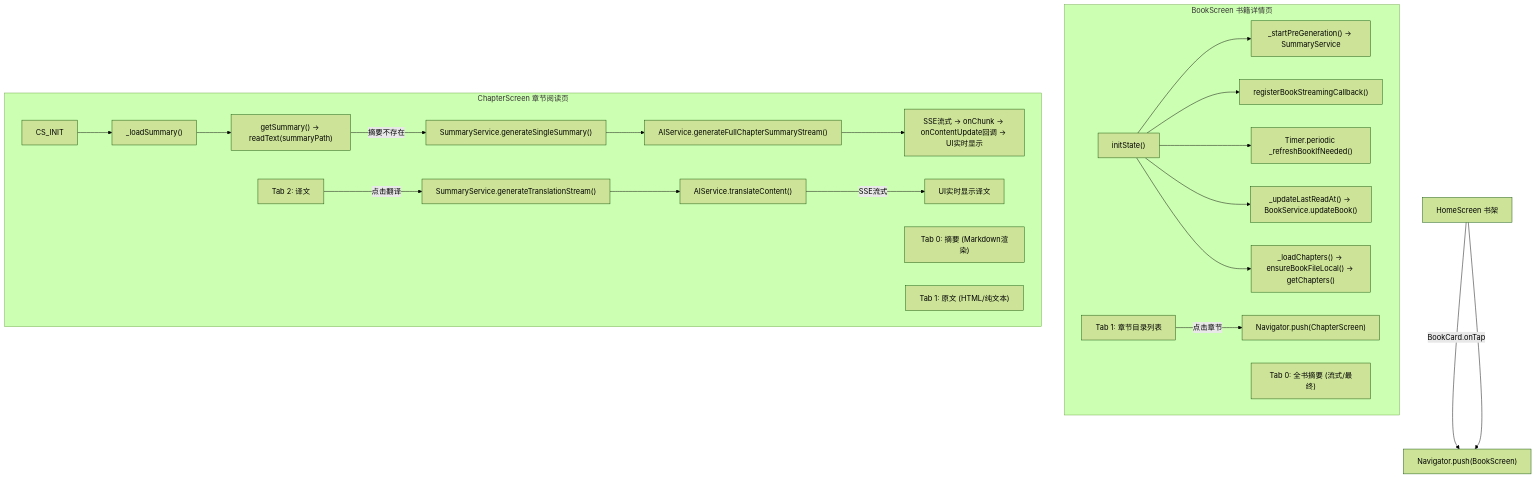
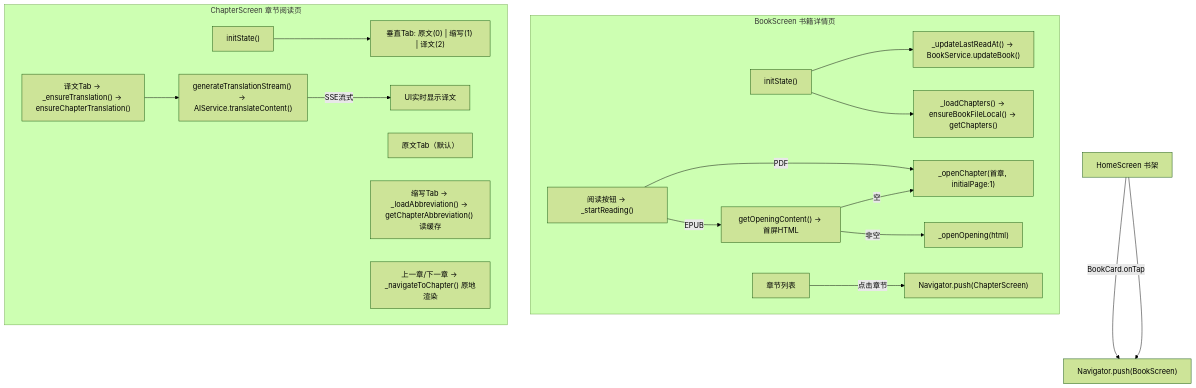
One commit to jjzhang2000/zhidu changed the third of 11 diagrams in docs/function_call_relationships_visual.md. Above: the diagram before and after it, drawn with Mermaid (forest theme). The commit also changed other lines of this file and 26 other files, not shown here.

````diff
--- a/docs/function_call_relationships_visual.md
+++ b/docs/function_call_relationships_visual.md
@@ -172,33 +160,28 @@
 ```mermaid
 flowchart TD
     HOME["HomeScreen 书架"] --> |"BookCard.onTap"| BOOK_SCREEN["Navigator.push(BookScreen)"]
 
     subgraph "BookScreen 书籍详情页"
-        BS_INIT["initState()"] --> PRE["_startPreGeneration() → SummaryService"]
-        BS_INIT --> REG["registerBookStreamingCallback()"]
-        BS_INIT --> TIMER["Timer.periodic _refreshBookIfNeeded()"]
-        BS_INIT --> LU["_updateLastReadAt() → BookService.updateBook()"]
+        BS_INIT["initState()"] --> LU["_updateLastReadAt() → BookService.updateBook()"]
         BS_INIT --> EL["_loadChapters() → ensureBookFileLocal() → getChapters()"]
-        TAB0["Tab 0: 全书摘要 (流式/最终)"]
-        TAB1["Tab 1: 章节目录列表"]
-        TAB1 --> |"点击章节"| CHAPTER_SCREEN["Navigator.push(ChapterScreen)"]
+        READ["阅读按钮 → _startReading()"]
+        READ --> |"PDF"| OPEN1["_openChapter(首章, initialPage:1)"]
+        READ --> |"EPUB"| OPEN2["getOpeningContent() → 首屏HTML"]
+        OPEN2 --> |"非空"| OPEN3["_openOpening(html)"]
+        OPEN2 --> |"空"| OPEN1
+        CHAPTER_LIST["章节列表"] --> |"点击章节"| CHAPTER_SCREEN["Navigator.push(ChapterScreen)"]
     end
 
     subgraph "ChapterScreen 章节阅读页"
-        CS_INIT --> LOAD["_loadSummary()"]
-        LOAD --> LOCAL["getSummary() → readText(summaryPath)"]
-        LOCAL --> |"摘要不存在"| GEN["SummaryService.generateSingleSummary()"]
-        GEN --> AI["AIService.generateFullChapterSummaryStream()"]
-        AI --> STREAM["SSE流式 → onChunk → onContentUpdate回调 → UI实时显示"]
+        CS_INIT["initState()"] --> TAB["垂直Tab: 原文(0) | 缩写(1) | 译文(2)"]
+        TAB_ORIG["原文Tab（默认）"]
+        TAB_ABBR["缩写Tab → _loadAbbreviation() → getChapterAbbreviation() 读缓存"]
+        TAB_TRANS["译文Tab → _ensureTranslation() → ensureChapterTranslation()"]
+        NAV["上一章/下一章 → _navigateToChapter() 原地渲染"]
 
-        TAB_SUMMARY["Tab 0: 摘要 (Markdown渲染)"]
-        TAB_ORIG["Tab 1: 原文 (HTML/纯文本)"]
-        TAB_TRANS["Tab 2: 译文"]
-
-        TAB_TRANS --> |"点击翻译"| TRANS["SummaryService.generateTranslationStream()"]
-        TRANS --> TRANS_AI["AIService.translateContent()"]
-        TRANS_AI --> |"SSE流式"| TRANS_UI["UI实时显示译文"]
+        TAB_TRANS --> TRANS["generateTranslationStream() → AIService.translateContent()"]
+        TRANS --> |"SSE流式"| TRANS_UI["UI实时显示译文"]
     end
 
     HOME --> BOOK_SCREEN
 ```
````
